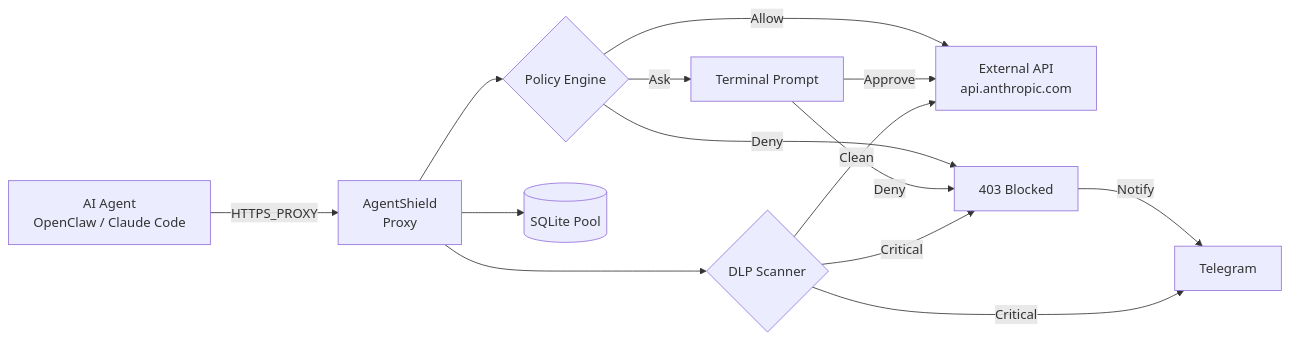
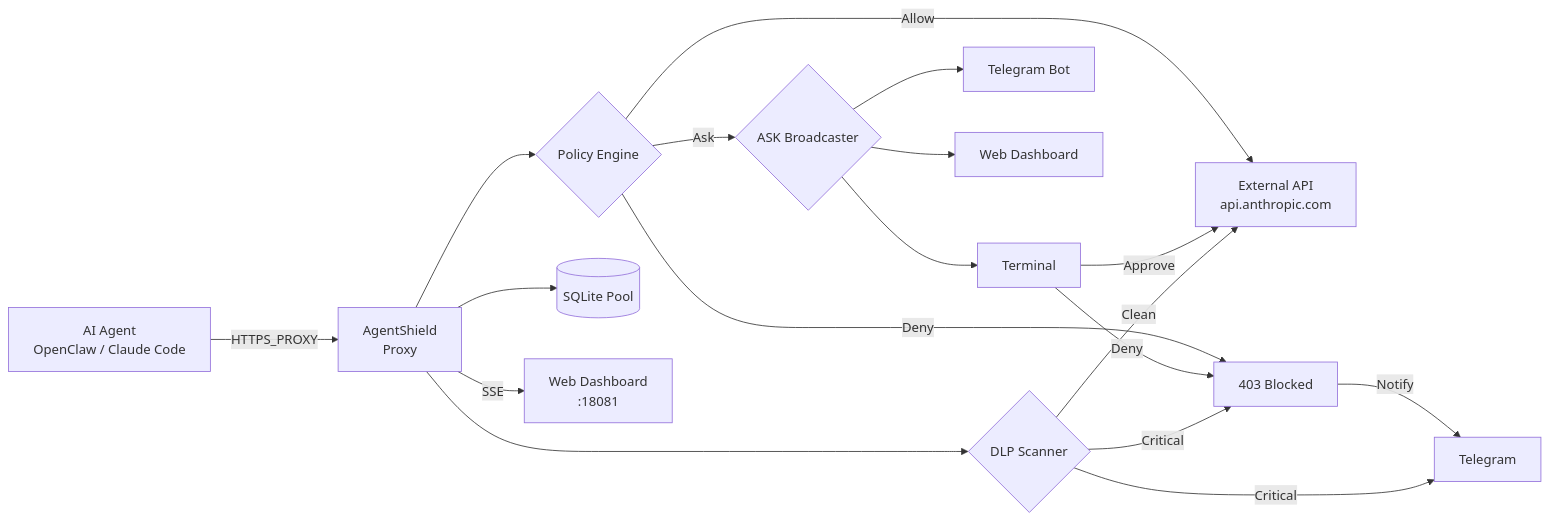
The diagram in README.md (kamuimk/agentshield), drawn with Mermaid before and after one commit. The commit also changed other lines of this file and 2 other files, not shown here.

Commit message:
Add DLP to templates and document web dashboard, hot-reload, multi-channel ASK in README

````diff
--- a/README.md
+++ b/README.md
@@ -13,16 +13,20 @@
 ```mermaid
 flowchart LR
     A[AI Agent<br/>OpenClaw / Claude Code] -->|HTTPS_PROXY| B[AgentShield<br/>Proxy]
     B --> C{Policy Engine}
     C -->|Allow| D[External API<br/>api.anthropic.com]
     C -->|Deny| E[403 Blocked]
-    C -->|Ask| F[Terminal Prompt]
-    F -->|Approve| D
-    F -->|Deny| E
+    C -->|Ask| F{ASK Broadcaster}
+    F --> F1[Terminal]
+    F --> F2[Telegram Bot]
+    F --> F3[Web Dashboard]
+    F1 -->|Approve| D
+    F1 -->|Deny| E
     B --> G[(SQLite Pool)]
     B --> H{DLP Scanner}
     H -->|Critical| E
     H -->|Clean| D
     E -->|Notify| I[Telegram]
     H -->|Critical| I
+    B -->|SSE| J[Web Dashboard<br/>:18081]
 ```
````
